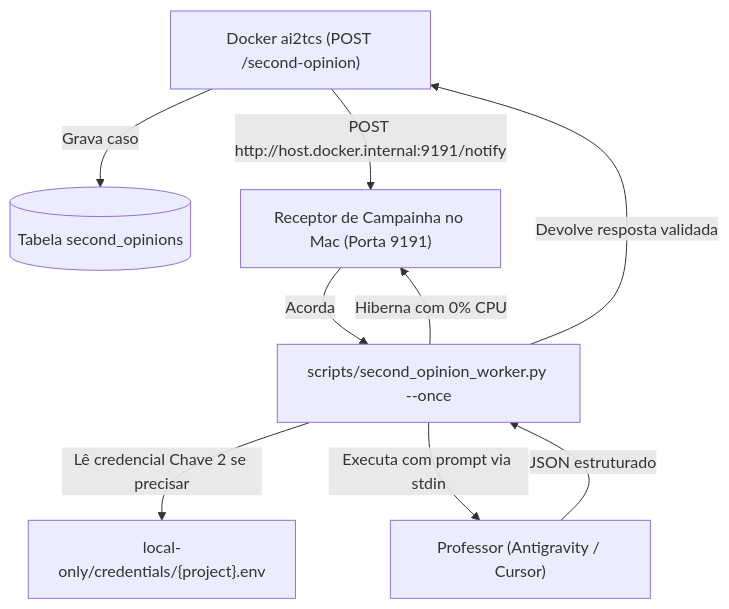
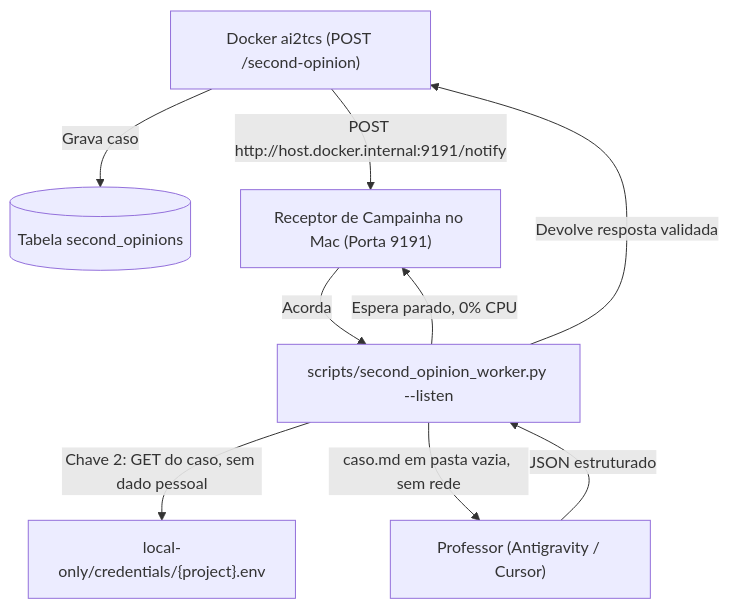
One commit to ianthomaz/ai2tcs changed the diagram in docs/treinamento-llm/isolamento-e-execucao-mini62.md. Above: the diagram before and after it, drawn with Mermaid. The commit also changed other lines of this file and 6 other files, not shown here.

First line of the commit message:
Second opinion worker: pause file on the host, stops when the API is down; docs aligned.

````diff
--- a/docs/treinamento-llm/isolamento-e-execucao-mini62.md
+++ b/docs/treinamento-llm/isolamento-e-execucao-mini62.md
@@ -52,11 +52,11 @@
 ```mermaid
 flowchart TD
     DockerAPI["Docker ai2tcs (POST /second-opinion)"] -->|Grava caso| DB[(Tabela second_opinions)]
     DockerAPI -->|POST http://host.docker.internal:9191/notify| Bell["Receptor de Campainha no Mac (Porta 9191)"]
-    Bell -->|Acorda| HostWorker["scripts/second_opinion_worker.py --once"]
-    HostWorker -->|Lê credencial Chave 2 se precisar| Creds["local-only/credentials/{project}.env"]
-    HostWorker -->|Executa com prompt via stdin| Teacher["Professor (Antigravity / Cursor)"]
+    Bell -->|Acorda| HostWorker["scripts/second_opinion_worker.py --listen"]
+    HostWorker -->|Chave 2: GET do caso, sem dado pessoal| Creds["local-only/credentials/{project}.env"]
+    HostWorker -->|caso.md em pasta vazia, sem rede| Teacher["Professor (Antigravity / Cursor)"]
     Teacher -->|JSON estruturado| HostWorker
     HostWorker -->|Devolve resposta validada| DockerAPI
-    HostWorker -->|Hiberna com 0% CPU| Bell
+    HostWorker -->|Espera parado, 0% CPU| Bell
 ```
````
